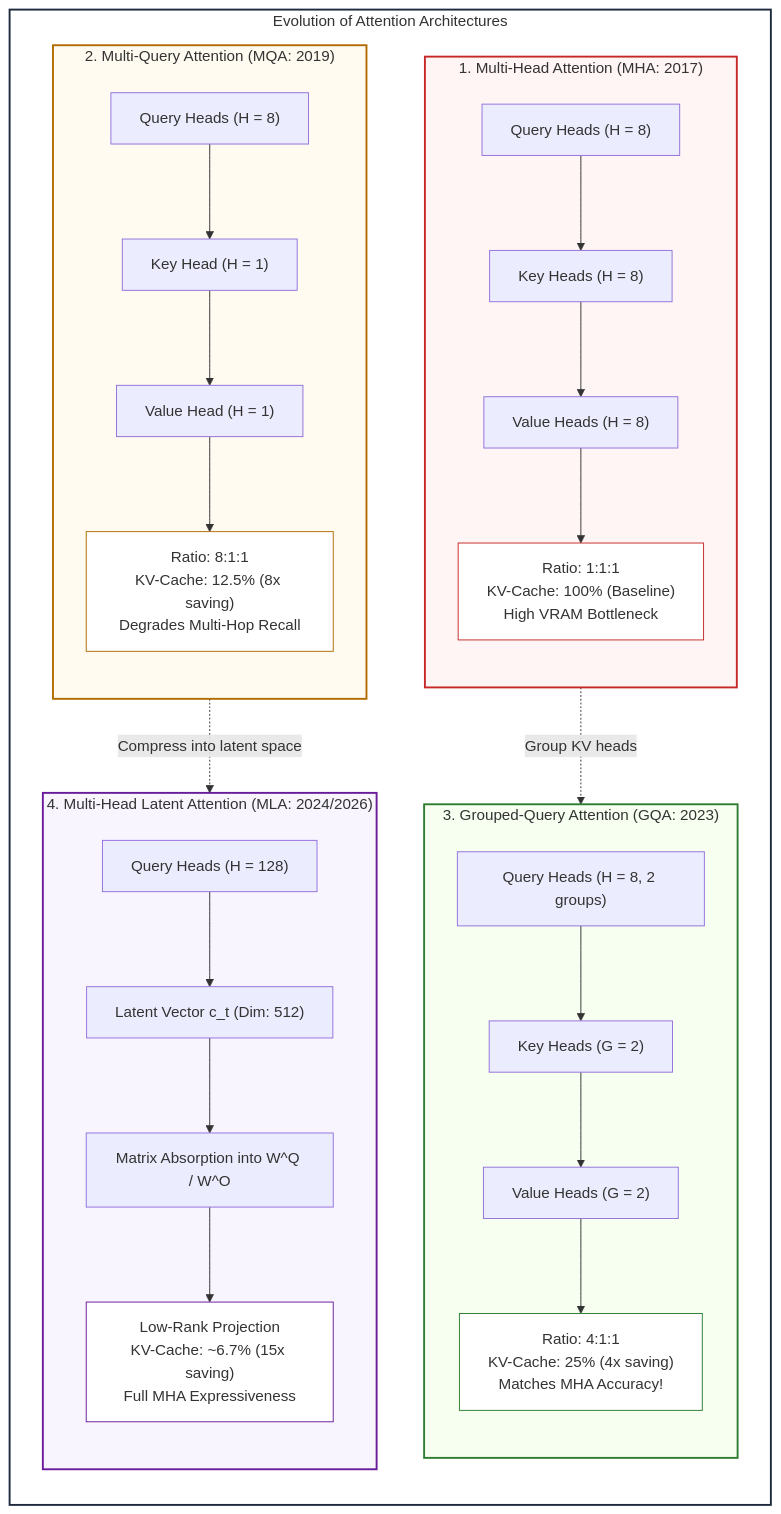
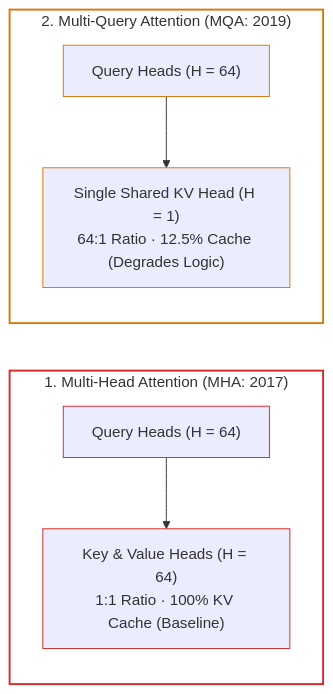
Before and after one commit to dip4k/senior-engineer-to-ai-engineer-roadmap: the second of 4 diagrams in 00-foundations-and-token-mechanics/03-kv-cache-vram-and-bandwidth-physics.md, drawn with Mermaid. The commit also changed other lines of this file and 15 other files, not shown here.

First line of the commit message:
feat(curriculum): theme-adaptive diagrams, low-node modular flows, and Phase 00 beginner-style refactor

````diff
--- a/00-foundations-and-token-mechanics/03-kv-cache-vram-and-bandwidth-physics.md
+++ b/00-foundations-and-token-mechanics/03-kv-cache-vram-and-bandwidth-physics.md
@@ -156,56 +158,17 @@
 ```mermaid
-flowchart TD
-    subgraph ATTN_ARCH["Evolution of Attention Architectures"]
-        direction TB
-
-        subgraph MHA["1. Multi-Head Attention (MHA: 2017)"]
-            direction TB
-            Q_MHA["Query Heads (H = 8)"]
-            K_MHA["Key Heads (H = 8)"]
-            V_MHA["Value Heads (H = 8)"]
-            MHA_Note["Ratio: 1:1:1<br>KV-Cache: 100% (Baseline)<br>High VRAM Bottleneck"]
-            Q_MHA --> K_MHA --> V_MHA --> MHA_Note
-        end
-
-        subgraph MQA["2. Multi-Query Attention (MQA: 2019)"]
-            direction TB
-            Q_MQA["Query Heads (H = 8)"]
-            K_MQA["Key Head (H = 1)"]
-            V_MQA["Value Head (H = 1)"]
-            MQA_Note["Ratio: 8:1:1<br>KV-Cache: 12.5% (8x saving)<br>Degrades Multi-Hop Recall"]
-            Q_MQA --> K_MQA --> V_MQA --> MQA_Note
-        end
-
-        subgraph GQA["3. Grouped-Query Attention (GQA: 2023)"]
-            direction TB
-            Q_GQA["Query Heads (H = 8, 2 groups)"]
-            K_GQA["Key Heads (G = 2)"]
-            V_GQA["Value Heads (G = 2)"]
-            GQA_Note["Ratio: 4:1:1<br>KV-Cache: 25% (4x saving)<br>Matches MHA Accuracy!"]
-            Q_GQA --> K_GQA --> V_GQA --> GQA_Note
-        end
-
-        subgraph MLA["4. Multi-Head Latent Attention (MLA: 2024/2026)"]
-            direction TB
-            Q_MLA["Query Heads (H = 128)"]
-            Latent["Latent Vector c_t (Dim: 512)"]
-            Absorb["Matrix Absorption into W^Q / W^O"]
-            MLA_Note["Low-Rank Projection<br>KV-Cache: ~6.7% (15x saving)<br>Full MHA Expressiveness"]
-            Q_MLA --> Latent --> Absorb --> MLA_Note
-        end
-
-        MHA_Note -.->|"Group KV heads"| GQA
-        MQA_Note -.->|"Compress into latent space"| MLA
+flowchart LR
+    subgraph MHA["1. Multi-Head Attention (MHA: 2017)"]
+        MHA_Q["Query Heads (H = 64)"] --> MHA_KV["Key & Value Heads (H = 64)<br>1:1 Ratio · 100% KV Cache (Baseline)"]
     end
 
-    style ATTN_ARCH fill:#ffffff,stroke:#1e293b,stroke-width:2px
-    style MHA fill:#fff5f5,stroke:#c62828,stroke-width:2px
-    style MQA fill:#fffbf0,stroke:#b26b00,stroke-width:2px
-    style GQA fill:#f6fff0,stroke:#2e7d32,stroke-width:2px
-    style MLA fill:#f8f5ff,stroke:#6a1b9a,stroke-width:2px
+    subgraph MQA["2. Multi-Query Attention (MQA: 2019)"]
+        MQA_Q["Query Heads (H = 64)"] --> MQA_KV["Single Shared KV Head (H = 1)<br>64:1 Ratio · 12.5% Cache (Degrades Logic)"]
+    end
 
-    style MHA_Note fill:#ffffff,stroke:#c62828,stroke-width:1px
-    style MQA_Note fill:#ffffff,stroke:#b26b00,stroke-width:1px
-    style GQA_Note fill:#ffffff,stroke:#2e7d32,stroke-width:1px
-    style MLA_Note fill:#ffffff,stroke:#6a1b9a,stroke-width:1px
+    style MHA fill:none,stroke:#dc2626,stroke-width:2px
+    style MQA fill:none,stroke:#d97706,stroke-width:2px
+    style MHA_Q stroke:#dc2626,stroke-width:1px
+    style MHA_KV stroke:#dc2626,stroke-width:1px
+    style MQA_Q stroke:#d97706,stroke-width:1px
+    style MQA_KV stroke:#d97706,stroke-width:1px
 ```
````
